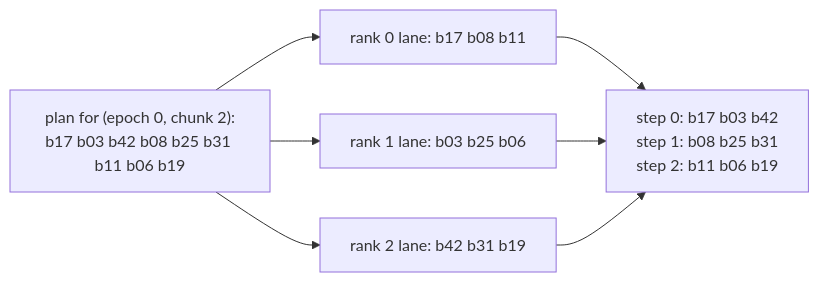
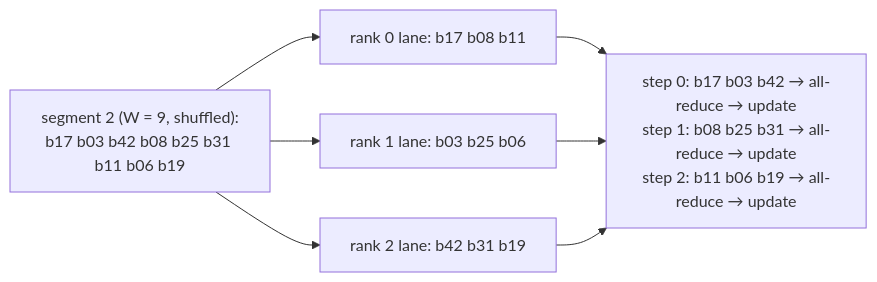
Before and after one commit to rahuldave/distrainer: the eighth of 9 diagrams in docs/introduction.md, drawn with Mermaid. The commit also changed other lines of this file and 3 other files, not shown here.

````diff
--- a/docs/introduction.md
+++ b/docs/introduction.md
@@ -194,10 +215,10 @@
 ```mermaid
 flowchart LR
-  plan["plan for (epoch 0, chunk 2):<br/>b17 b03 b42 b08 b25 b31 b11 b06 b19"]
-  plan --> r0["rank 0 lane: b17 b08 b11"]
-  plan --> r1["rank 1 lane: b03 b25 b06"]
-  plan --> r2["rank 2 lane: b42 b31 b19"]
-  r0 --> s["step 0: b17 b03 b42<br/>step 1: b08 b25 b31<br/>step 2: b11 b06 b19"]
+  seg["segment 2 (W = 9, shuffled):<br/>b17 b03 b42 b08 b25 b31 b11 b06 b19"]
+  seg --> r0["rank 0 lane: b17 b08 b11"]
+  seg --> r1["rank 1 lane: b03 b25 b06"]
+  seg --> r2["rank 2 lane: b42 b31 b19"]
+  r0 --> s["step 0: b17 b03 b42 → all-reduce → update<br/>step 1: b08 b25 b31 → all-reduce → update<br/>step 2: b11 b06 b19 → all-reduce → update"]
   r1 --> s
   r2 --> s
 ```
````
